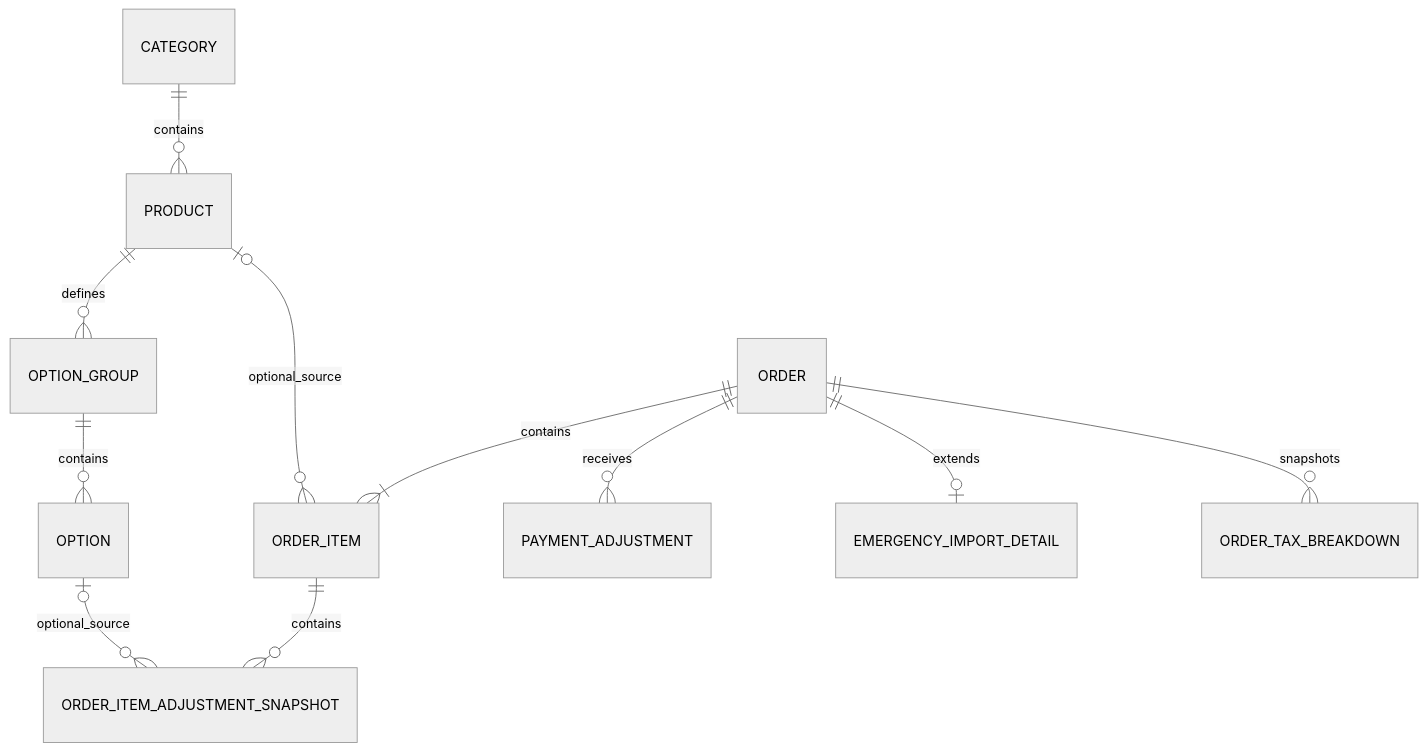
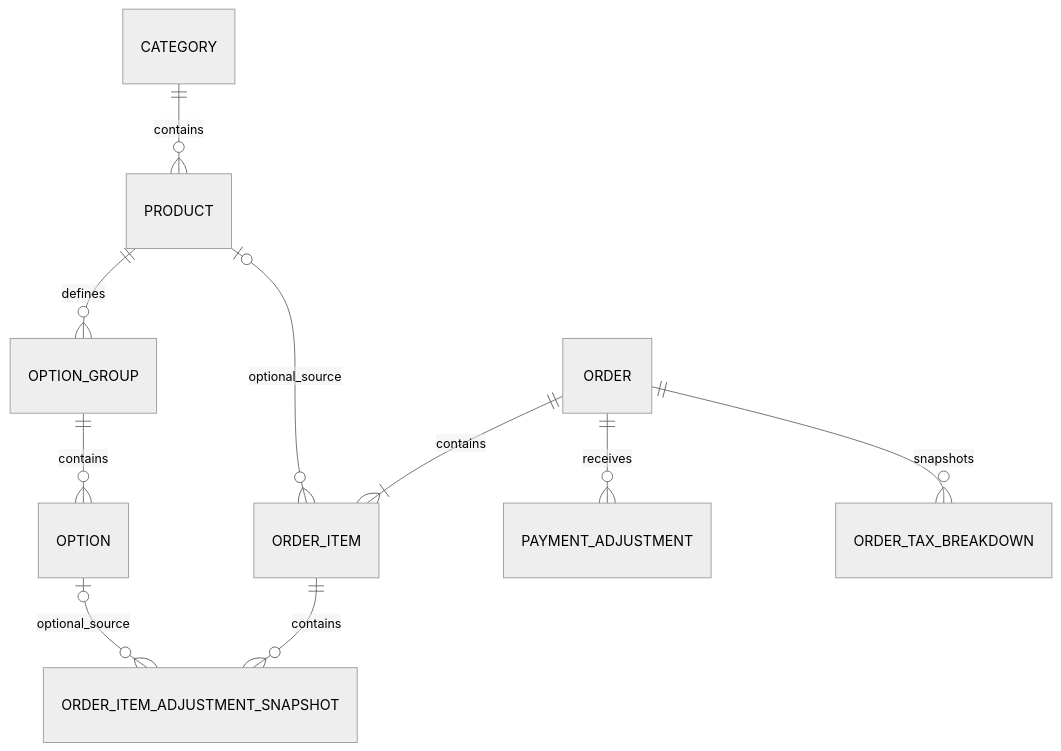
The diagram in docs/data-model.md (cimerosef/sushi81-pos), drawn with Mermaid (neutral theme) before and after one commit. The commit also changed other lines of this file, not shown here.

````diff
--- a/docs/data-model.md
+++ b/docs/data-model.md
@@ -144,15 +128,14 @@
 ```mermaid
 erDiagram
     CATEGORY ||--o{ PRODUCT : contains
     PRODUCT ||--o{ OPTION_GROUP : defines
     OPTION_GROUP ||--o{ OPTION : contains
 
     ORDER ||--|{ ORDER_ITEM : contains
     ORDER_ITEM ||--o{ ORDER_ITEM_ADJUSTMENT_SNAPSHOT : contains
     ORDER ||--o{ PAYMENT_ADJUSTMENT : receives
-    ORDER ||--o| EMERGENCY_IMPORT_DETAIL : extends
     ORDER ||--o{ ORDER_TAX_BREAKDOWN : snapshots
 
     PRODUCT o|--o{ ORDER_ITEM : optional_source
     OPTION o|--o{ ORDER_ITEM_ADJUSTMENT_SNAPSHOT : optional_source
 ```
````
